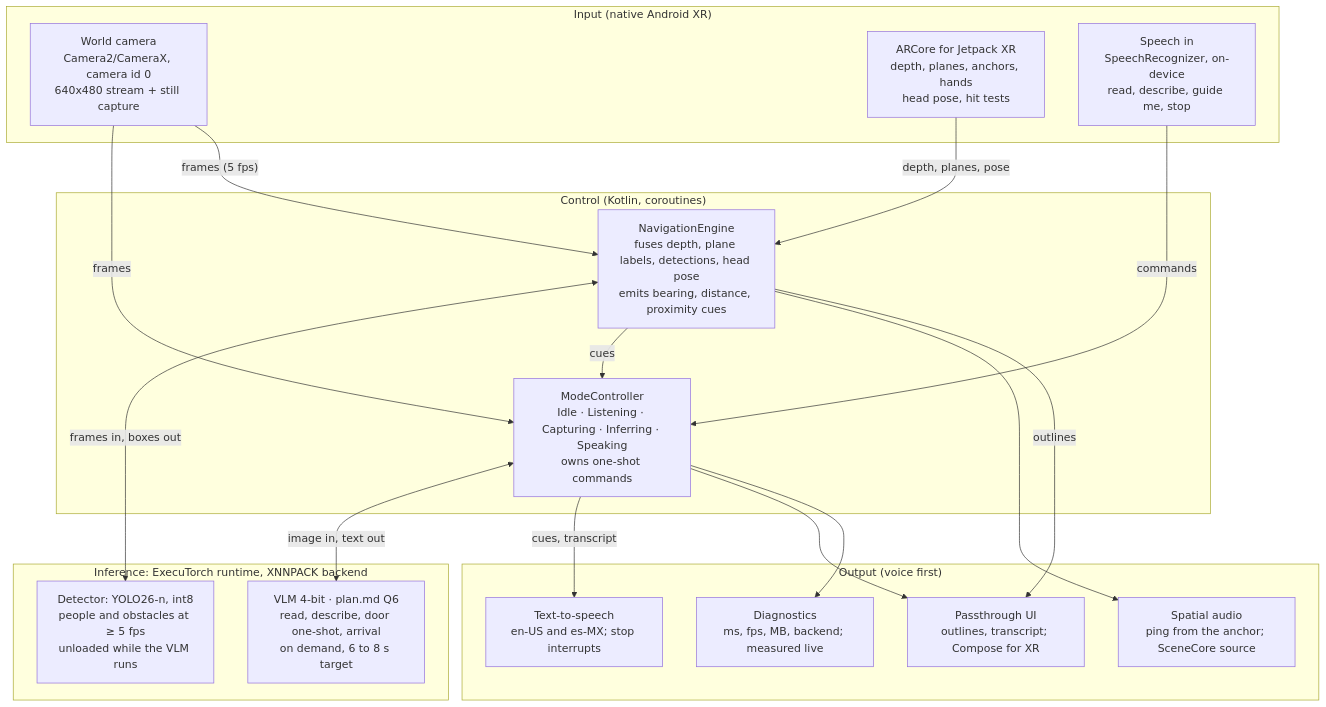
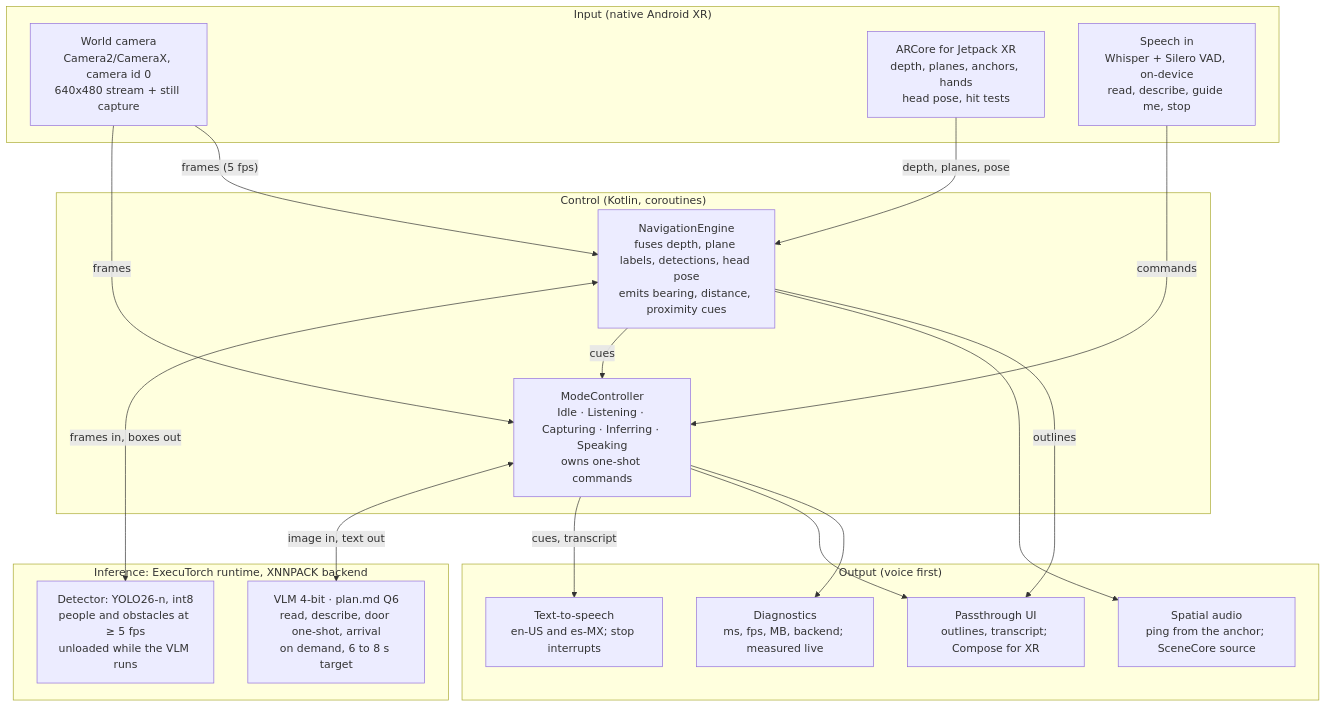
One commit to Cool-Coder174/vysion-app changed the first of 4 diagrams in docs/architecture.md. Above: the diagram before and after it, drawn with Mermaid. The commit also changed 22 other files, not shown here.

First line of the commit message:
FR-G2: voice commands heard on the headset by Whisper + Silero VAD; system recognizer as fallback (ADR-0011)

````diff
--- a/docs/architecture.md
+++ b/docs/architecture.md
@@ -7,34 +7,34 @@
 ```mermaid
 flowchart TB
   subgraph Input["Input (native Android XR)"]
     CAM["World camera<br/>Camera2/CameraX, camera id 0<br/>640x480 stream + still capture"]
     AR["ARCore for Jetpack XR<br/>depth, planes, anchors, hands<br/>head pose, hit tests"]
-    SR["Speech in<br/>SpeechRecognizer, on-device<br/>read, describe, guide me, stop"]
+    SR["Speech in<br/>Whisper + Silero VAD, on-device<br/>read, describe, guide me, stop"]
   end
   subgraph Control["Control (Kotlin, coroutines)"]
     MC["ModeController<br/>Idle · Listening · Capturing · Inferring · Speaking<br/>owns one-shot commands"]
     NE["NavigationEngine<br/>fuses depth, plane labels, detections, head pose<br/>emits bearing, distance, proximity cues"]
   end
   subgraph Inference["Inference: ExecuTorch runtime, XNNPACK backend"]
     VLM["VLM 4-bit · plan.md Q6<br/>read, describe, door one-shot, arrival<br/>on demand, 6 to 8 s target"]
     DET["Detector: YOLO26-n, int8<br/>people and obstacles at ≥ 5 fps<br/>unloaded while the VLM runs"]
   end
   subgraph Output["Output (voice first)"]
     TTS["Text-to-speech<br/>en-US and es-MX; stop interrupts"]
     SA["Spatial audio<br/>ping from the anchor; SceneCore source"]
     UI["Passthrough UI<br/>outlines, transcript; Compose for XR"]
     DX["Diagnostics<br/>ms, fps, MB, backend; measured live"]
   end
   CAM -- "frames" --> MC
   CAM -- "frames (5 fps)" --> NE
   AR -- "depth, planes, pose" --> NE
   SR -- "commands" --> MC
   MC <-- "image in, text out" --> VLM
   NE <-- "frames in, boxes out" --> DET
   MC -- "cues, transcript" --> TTS
   MC --> UI
   MC --> DX
   NE -- "cues" --> MC
   NE --> SA
   NE -- "outlines" --> UI
 ```
````
